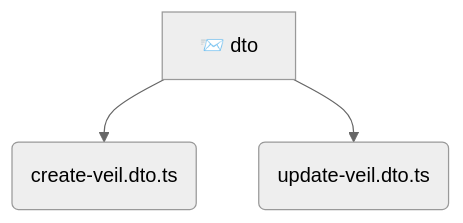
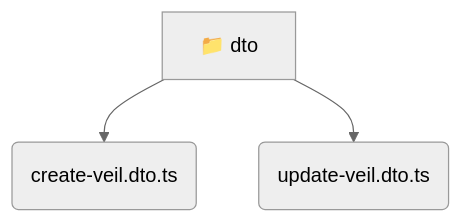
One commit to beginwebdev2002/fullstack-mavluda changed the diagram in backend/src/modules/veil/presentation/dto/README.md. Above: the diagram before and after it, drawn with Mermaid (neutral theme). The commit also changed other lines of this file and 155 other files, not shown here.

````diff
--- a/backend/src/modules/veil/presentation/dto/README.md
+++ b/backend/src/modules/veil/presentation/dto/README.md
@@ -9,6 +9,6 @@
 ```mermaid
 graph TD
-  dto[📨 dto]
-  dto --> create_veil_dto_ts(create-veil.dto.ts)
-  dto --> update_veil_dto_ts(update-veil.dto.ts)
+  dto[📁 dto]
+  dto --> dto_create_veil_dto_ts(create-veil.dto.ts)
+  dto --> dto_update_veil_dto_ts(update-veil.dto.ts)
 ```
````
